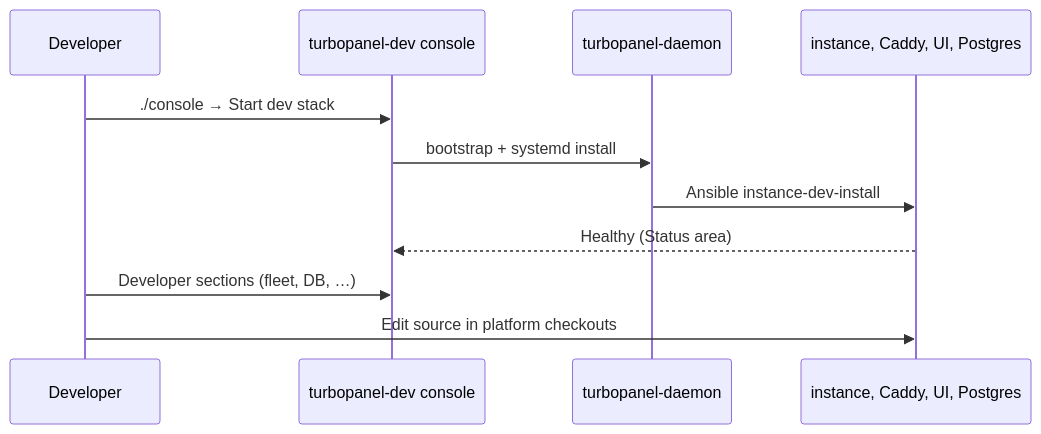
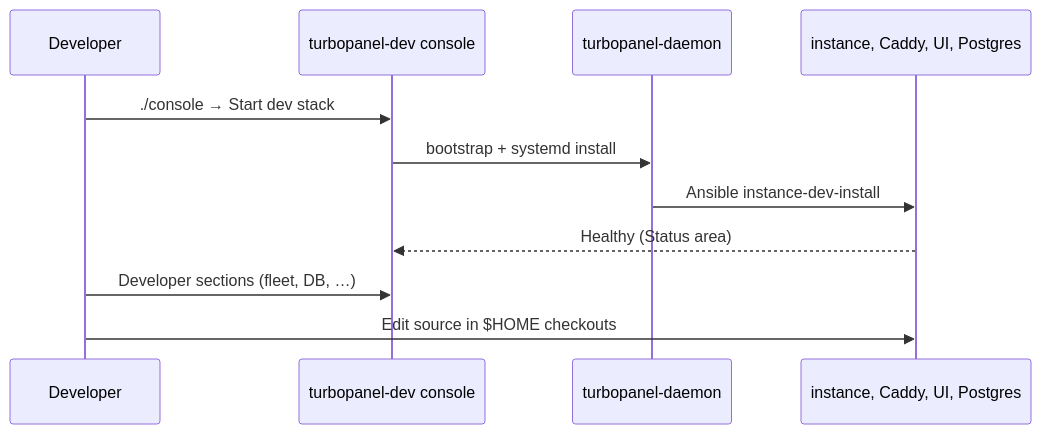
Before and after one commit to TurboPanel/website: the diagram in docs/getting-started/development.mdx, drawn with Mermaid. The commit also changed other lines of this file and 10 other files, not shown here.

````diff
--- a/docs/getting-started/development.mdx
+++ b/docs/getting-started/development.mdx
@@ -130,14 +142,14 @@
 ```mermaid
 sequenceDiagram
     participant Dev as Developer
     participant Console as turbopanel-dev console
     participant Daemon as turbopanel-daemon
     participant Services as instance, Caddy, UI, Postgres
 
     Dev->>Console: ./console → Start dev stack
     Console->>Daemon: bootstrap + systemd install
     Daemon->>Services: Ansible instance-dev-install
     Services-->>Console: Healthy (Status area)
     Dev->>Console: Developer sections (fleet, DB, …)
-    Dev->>Services: Edit source in platform checkouts
+    Dev->>Services: Edit source in $HOME checkouts
 ```
````
